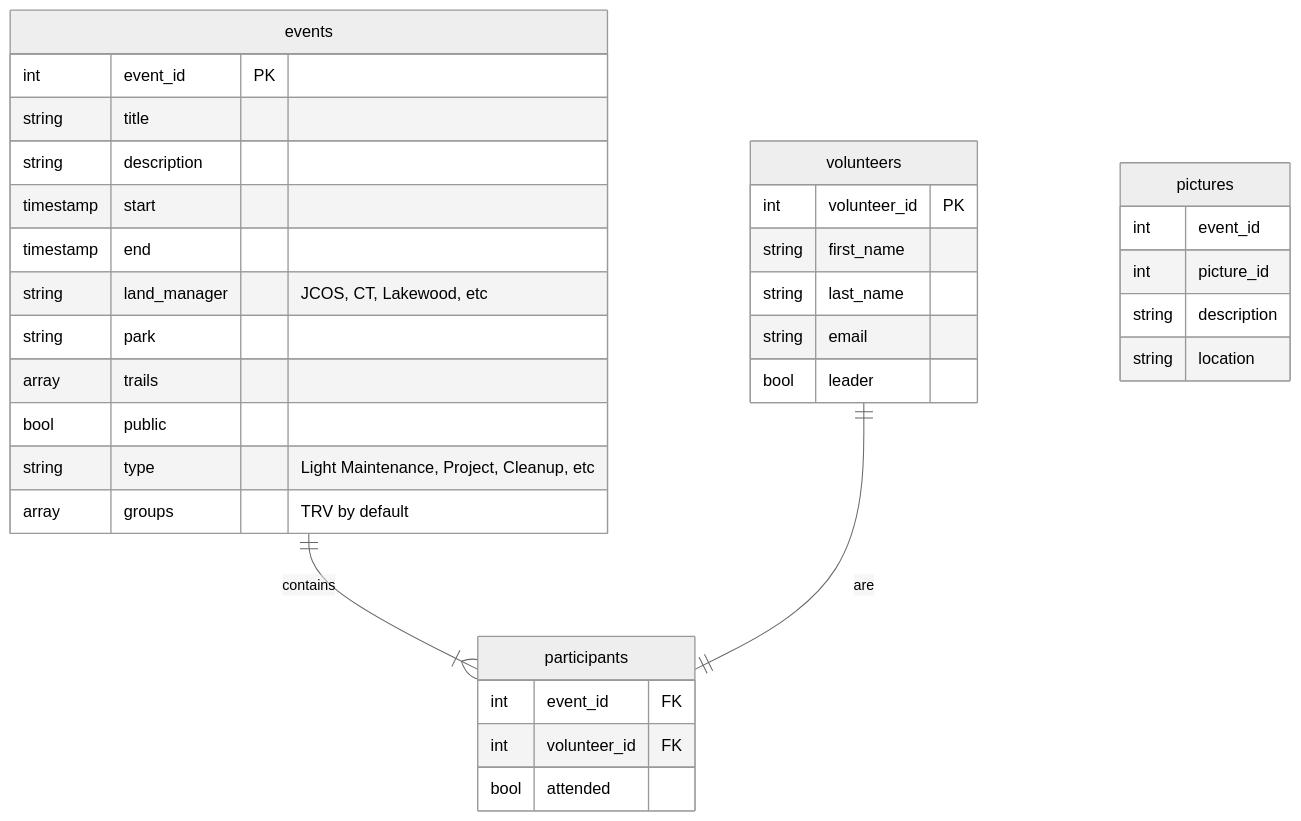
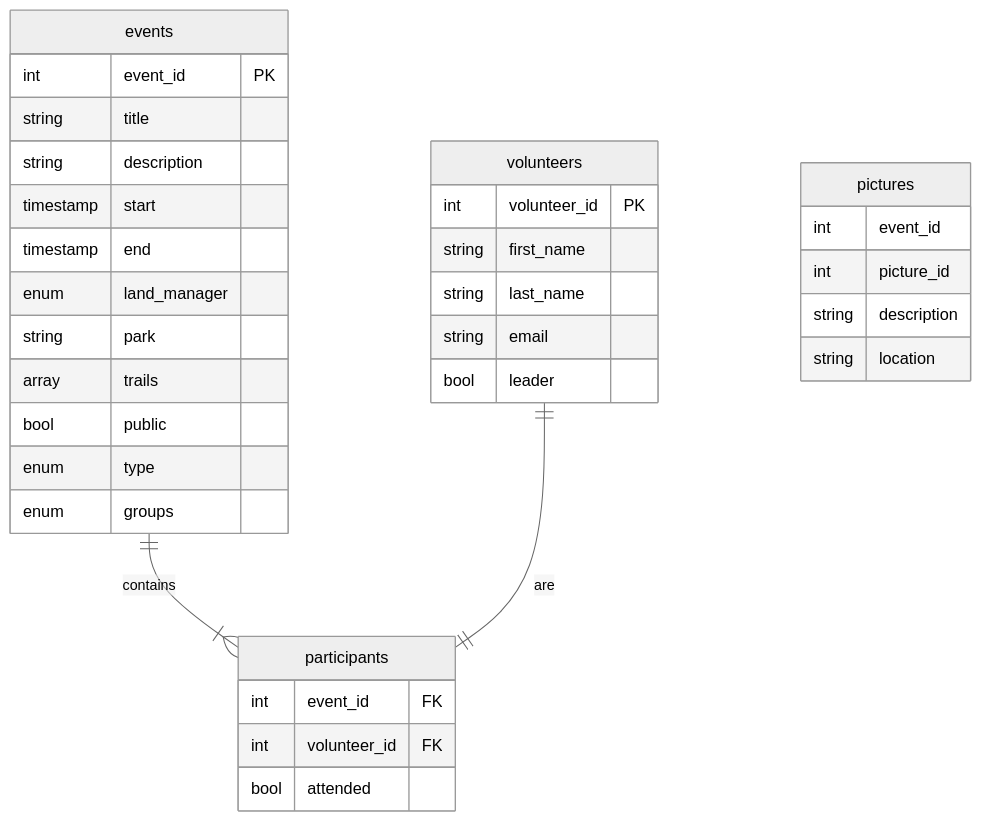
One commit to trailrunnervolunteers/trv-website changed the diagram in docs/database.md. Above: the diagram before and after it, drawn with Mermaid (neutral theme).

Commit message:
Try without the comments and see if that renders

````diff
--- a/docs/database.md
+++ b/docs/database.md
@@ -7,36 +7,36 @@
 ```mermaid
 erDiagram
     events ||--|{ participants: contains
     volunteers ||--|| participants: are
     events {
         int event_id PK
         string title
         string description
         timestamp start
         timestamp end
-        string land_manager "JCOS, CT, Lakewood, etc"
+        enum land_manager
         string park
         array trails
         bool public
-        string type "Light Maintenance, Project, Cleanup, etc"
-        array groups "TRV by default"
+        enum type
+        enum groups
     }
     participants {
         int event_id FK
         int volunteer_id FK
         bool attended
     }
     volunteers {
         int volunteer_id PK
         string first_name
         string last_name
         string email
         bool leader
     }
     pictures {
         int event_id
         int picture_id
         string description
         string location
     }
 ```
````
